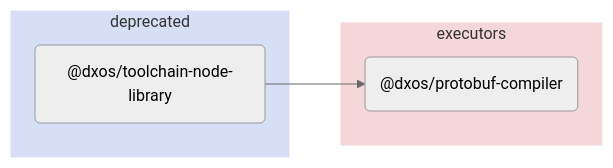
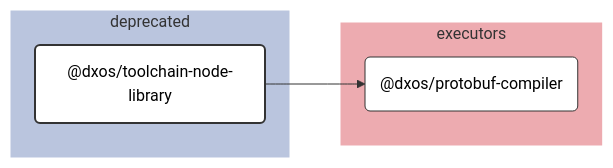
Before and after one commit to dxos/dxos: the diagram in tools/deprecated/toolchain-node-library/docs/README.md, drawn with Mermaid (neutral theme). The commit also changed other lines of this file and 109 other files, not shown here.

````diff
--- a/tools/deprecated/toolchain-node-library/docs/README.md
+++ b/tools/deprecated/toolchain-node-library/docs/README.md
@@ -5,15 +7,34 @@
 ```mermaid
-flowchart LR;
+%%{ init: {'flowchart':{'curve':'basis'}} }%%
 
+flowchart LR
+
+%% Links
+dxos/toolchain-node-library --> dxos/protobuf-compiler;
+
+%% Sections
 subgraph deprecated
-  style deprecated fill:#d6dff5,stroke:#fff;
-  dxos/toolchain-node-library("@dxos/toolchain-node-library");
+  style deprecated fill:#bac5de,stroke:#fff;
+
+  dxos/toolchain-node-library("@dxos/toolchain-node-library")
 end
 
 subgraph executors
-  style executors fill:#f5d6d9,stroke:#fff;
-  dxos/protobuf-compiler("@dxos/protobuf-compiler");
+  style executors fill:#edabb0,stroke:#fff;
+
+  dxos/protobuf-compiler("@dxos/protobuf-compiler")
 end
 
-dxos/toolchain-node-library --> dxos/protobuf-compiler;
+
+%% Hyperlinks
+click dxos/protobuf-compiler href "https:/github.com/dxos/dxos/tree/main/tools/executors/protobuf-compiler/docs";
+
+%% Styles
+classDef rootNode fill:#fff,stroke:#333,stroke-width:2px
+classDef defaultNode fill:#fff,stroke:#333,stroke-width:1px
+linkStyle default stroke:#333,stroke-width:1px
+
+dxos/toolchain-node-library:::rootNode
+
+dxos/protobuf-compiler:::defaultNode
 ```
````
